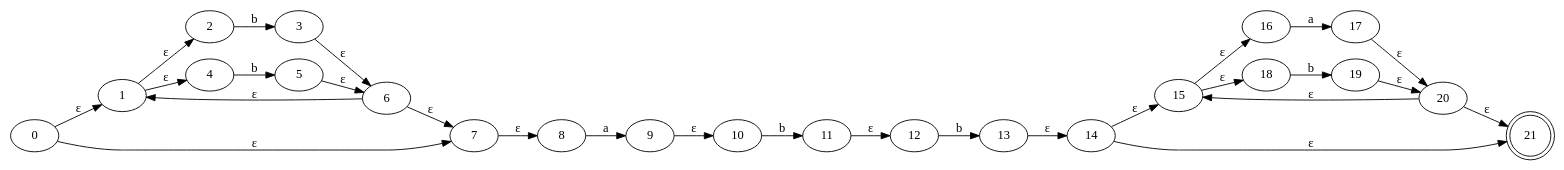
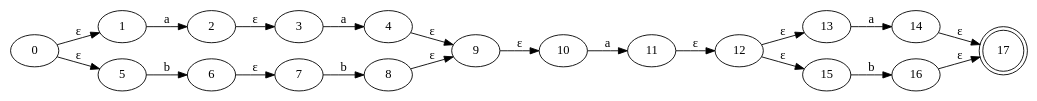
One commit to jua16073/lenguajes_proy1 changed the diagram in test-output/nfa.gv. Above: the diagram before and after it, drawn with Graphviz. The commit also changed 8 other files, not shown here.

```diff
--- a/test-output/nfa.gv
+++ b/test-output/nfa.gv
@@ -1,52 +1,40 @@
 digraph Automata {
 	rankdir=LR
 	0 [label=0]
 	0 -> 1 [label="ε"]
-	0 -> 7 [label="ε"]
+	0 -> 5 [label="ε"]
 	1 [label=1]
-	1 -> 2 [label="ε"]
-	1 -> 4 [label="ε"]
+	1 -> 2 [label=a]
 	2 [label=2]
-	2 -> 3 [label=b]
+	2 -> 3 [label="ε"]
 	3 [label=3]
-	3 -> 6 [label="ε"]
+	3 -> 4 [label=a]
 	4 [label=4]
-	4 -> 5 [label=b]
+	4 -> 9 [label="ε"]
 	5 [label=5]
-	5 -> 6 [label="ε"]
+	5 -> 6 [label=b]
 	6 [label=6]
-	6 -> 1 [label="ε"]
 	6 -> 7 [label="ε"]
 	7 [label=7]
-	7 -> 8 [label="ε"]
+	7 -> 8 [label=b]
 	8 [label=8]
-	8 -> 9 [label=a]
+	8 -> 9 [label="ε"]
 	9 [label=9]
 	9 -> 10 [label="ε"]
 	10 [label=10]
-	10 -> 11 [label=b]
+	10 -> 11 [label=a]
 	11 [label=11]
 	11 -> 12 [label="ε"]
 	12 [label=12]
-	12 -> 13 [label=b]
+	12 -> 13 [label="ε"]
+	12 -> 15 [label="ε"]
 	13 [label=13]
-	13 -> 14 [label="ε"]
+	13 -> 14 [label=a]
 	14 [label=14]
-	14 -> 15 [label="ε"]
-	14 -> 21 [label="ε"]
+	14 -> 17 [label="ε"]
 	15 [label=15]
-	15 -> 16 [label="ε"]
-	15 -> 18 [label="ε"]
+	15 -> 16 [label=b]
 	16 [label=16]
-	16 -> 17 [label=a]
-	17 [label=17]
-	17 -> 20 [label="ε"]
-	18 [label=18]
-	18 -> 19 [label=b]
-	19 [label=19]
-	19 -> 20 [label="ε"]
-	20 [label=20]
-	20 -> 15 [label="ε"]
-	20 -> 21 [label="ε"]
-	21 [label=21 shape=doublecircle]
+	16 -> 17 [label="ε"]
+	17 [label=17 shape=doublecircle]
 }
```
